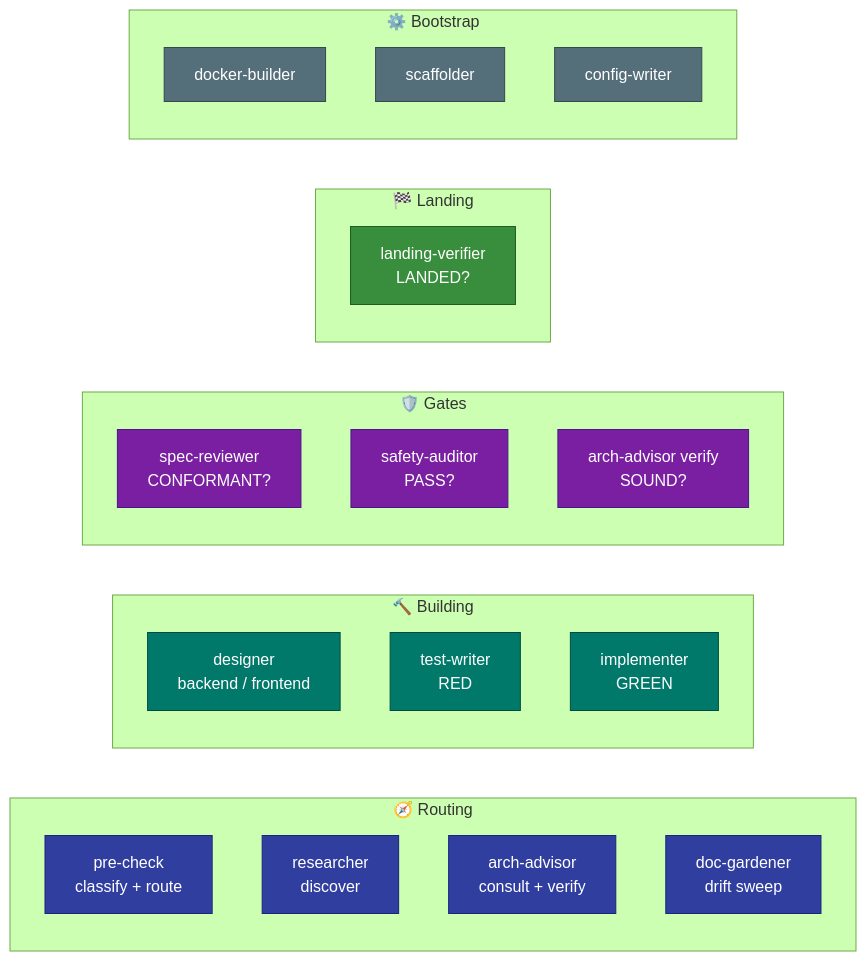
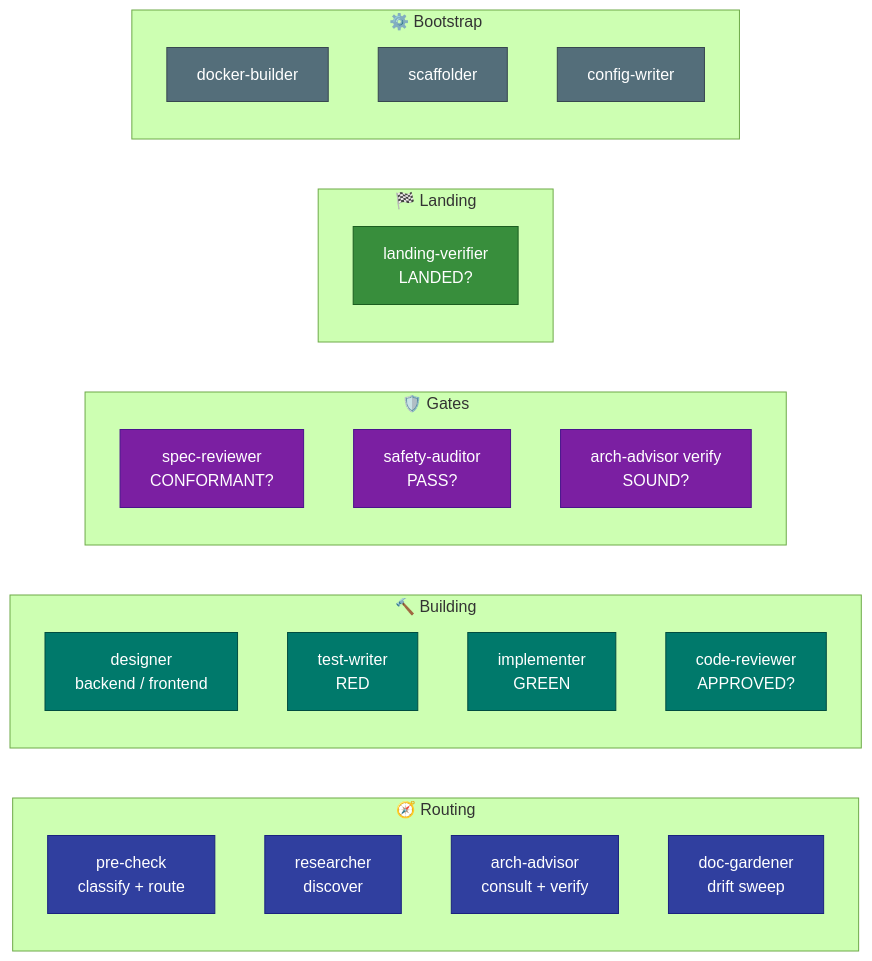
One commit to TejGandham/keel changed the fifth of 5 diagrams in docs/HOW-IT-WORKS.md. Above: the diagram before and after it, drawn with Mermaid (forest theme). The commit also changed other lines of this file and 2 other files, not shown here.

First line of the commit message:
docs: add code-reviewer to pipeline diagrams, agent roster, tier tables

````diff
--- a/docs/HOW-IT-WORKS.md
+++ b/docs/HOW-IT-WORKS.md
@@ -168,46 +169,48 @@
 ```mermaid
 graph LR
     subgraph "🧭 Routing"
         PC2[pre-check<br/>classify + route]
         RS[researcher<br/>discover]
         OR[arch-advisor<br/>consult + verify]
         DG[doc-gardener<br/>drift sweep]
     end
 
     subgraph "🔨 Building"
         DE[designer<br/>backend / frontend]
         TW2[test-writer<br/>RED]
         IM[implementer<br/>GREEN]
+        CR2[code-reviewer<br/>APPROVED?]
     end
 
     subgraph "🛡️ Gates"
         SR2[spec-reviewer<br/>CONFORMANT?]
         SA2[safety-auditor<br/>PASS?]
         OV2[arch-advisor verify<br/>SOUND?]
     end
 
     subgraph "🏁 Landing"
         PL2[landing-verifier<br/>LANDED?]
     end
 
     subgraph "⚙️ Bootstrap"
         DB[docker-builder]
         SC[scaffolder]
         CW[config-writer]
     end
 
     style PC2 fill:#303F9F,stroke:#1A237E,color:#fff
     style RS fill:#303F9F,stroke:#1A237E,color:#fff
     style OR fill:#303F9F,stroke:#1A237E,color:#fff
     style DG fill:#303F9F,stroke:#1A237E,color:#fff
     style DE fill:#00796B,stroke:#004D40,color:#fff
     style TW2 fill:#00796B,stroke:#004D40,color:#fff
     style IM fill:#00796B,stroke:#004D40,color:#fff
+    style CR2 fill:#00796B,stroke:#004D40,color:#fff
     style SR2 fill:#7B1FA2,stroke:#4A148C,color:#fff
     style SA2 fill:#7B1FA2,stroke:#4A148C,color:#fff
     style OV2 fill:#7B1FA2,stroke:#4A148C,color:#fff
     style PL2 fill:#388E3C,stroke:#1B5E20,color:#fff
     style DB fill:#546E7A,stroke:#37474F,color:#fff
     style SC fill:#546E7A,stroke:#37474F,color:#fff
     style CW fill:#546E7A,stroke:#37474F,color:#fff
 ```
````
